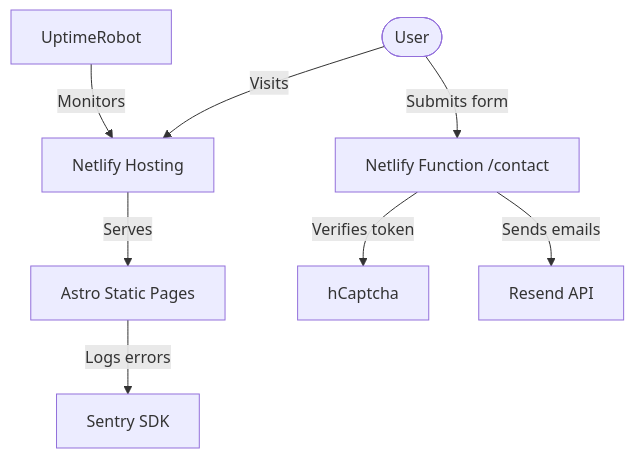
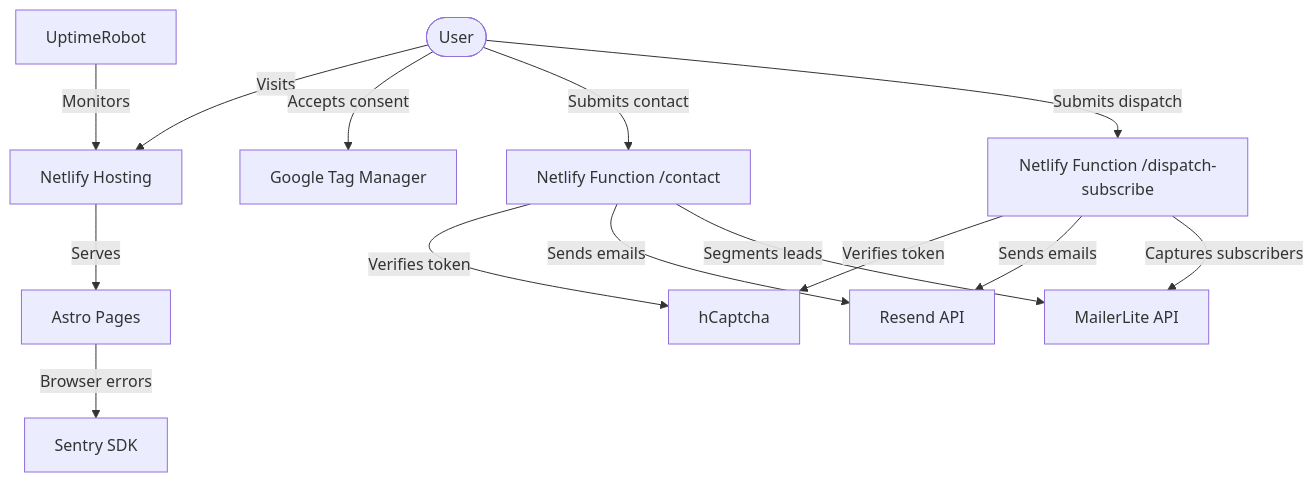
Before and after one commit to ibaifernandez/aglaya.biz: the diagram in docs/tech/ARCHITECTURE.md, drawn with Mermaid. The commit also changed other lines of this file and 12 other files, not shown here.

````diff
--- a/docs/tech/ARCHITECTURE.md
+++ b/docs/tech/ARCHITECTURE.md
@@ -5,19 +5,28 @@
 ```mermaid
 graph TD
     User([User])
-    Astro[Astro Static Pages]
+    Astro[Astro Pages]
     Netlify[Netlify Hosting]
-    Function[Netlify Function /contact]
+    ContactFn[Netlify Function /contact]
+    DispatchFn[Netlify Function /dispatch-subscribe]
     hCaptcha[hCaptcha]
     Resend[Resend API]
+    MailerLite[MailerLite API]
     Sentry[Sentry SDK]
+    GTM[Google Tag Manager]
     UptimeRobot[UptimeRobot]
 
     User -- Visits --> Netlify
     Netlify -- Serves --> Astro
-    Astro -- Logs errors --> Sentry
-    User -- Submits form --> Function
-    Function -- Verifies token --> hCaptcha
-    Function -- Sends emails --> Resend
+    Astro -- Browser errors --> Sentry
+    User -- Accepts consent --> GTM
+    User -- Submits contact --> ContactFn
+    User -- Submits dispatch --> DispatchFn
+    ContactFn -- Verifies token --> hCaptcha
+    DispatchFn -- Verifies token --> hCaptcha
+    ContactFn -- Sends emails --> Resend
+    DispatchFn -- Sends emails --> Resend
+    ContactFn -- Segments leads --> MailerLite
+    DispatchFn -- Captures subscribers --> MailerLite
     UptimeRobot -- Monitors --> Netlify
 ```
````
